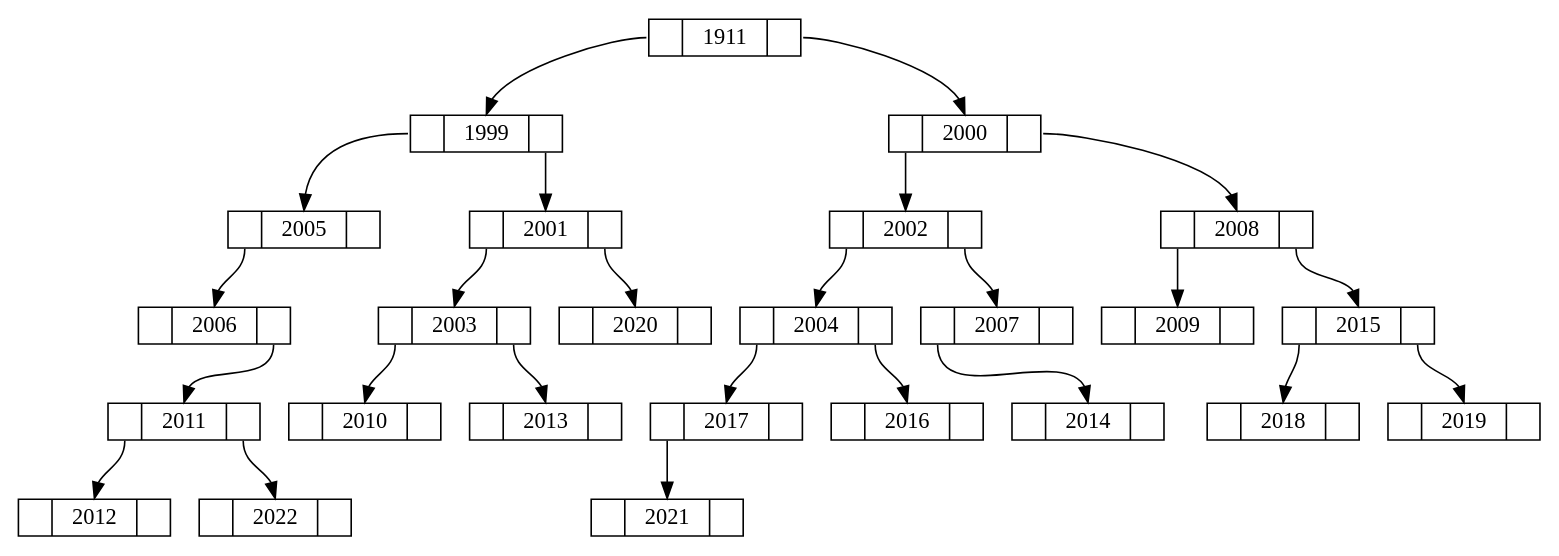
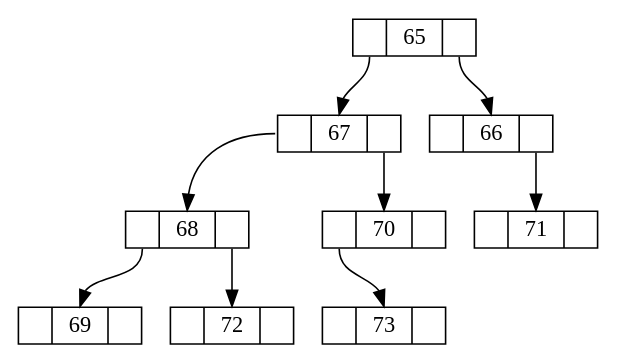
One commit to MasonSyj/CodeC changed the diagram in ADTsSelfPractice/BST/Exercise/10.1/inthead.dot. Above: the diagram before and after it, drawn with Graphviz. The commit also changed 5 other files, not shown here.

```diff
--- a/ADTsSelfPractice/BST/Exercise/10.1/inthead.dot
+++ b/ADTsSelfPractice/BST/Exercise/10.1/inthead.dot
@@ -1,52 +1,20 @@
 digraph G {
    node [shape=record, height=0.1];
-   node0x106301f60 [label = "<l> | <m> 1911 | <r>"];
-   node0x106301ed0 [label = "<l> | <m> 1999 | <r>"];
-   node0x106301f60:l -> node0x106301ed0:m;
-   node0x106301db0 [label = "<l> | <m> 2005 | <r>"];
-   node0x106301ed0:l -> node0x106301db0:m;
-   node0x106301d80 [label = "<l> | <m> 2006 | <r>"];
-   node0x106301db0:l -> node0x106301d80:m;
-   node0x106301c90 [label = "<l> | <m> 2011 | <r>"];
-   node0x106301d80:r -> node0x106301c90:m;
-   node0x106301c60 [label = "<l> | <m> 2012 | <r>"];
-   node0x106301c90:l -> node0x106301c60:m;
-   node0x106301a80 [label = "<l> | <m> 2022 | <r>"];
-   node0x106301c90:r -> node0x106301a80:m;
-   node0x106301e70 [label = "<l> | <m> 2001 | <r>"];
-   node0x106301ed0:r -> node0x106301e70:m;
-   node0x106301e10 [label = "<l> | <m> 2003 | <r>"];
-   node0x106301e70:l -> node0x106301e10:m;
-   node0x106301cc0 [label = "<l> | <m> 2010 | <r>"];
-   node0x106301e10:l -> node0x106301cc0:m;
-   node0x106301c30 [label = "<l> | <m> 2013 | <r>"];
-   node0x106301e10:r -> node0x106301c30:m;
-   node0x106301ae0 [label = "<l> | <m> 2020 | <r>"];
-   node0x106301e70:r -> node0x106301ae0:m;
-   node0x106301ea0 [label = "<l> | <m> 2000 | <r>"];
-   node0x106301f60:r -> node0x106301ea0:m;
-   node0x106301e40 [label = "<l> | <m> 2002 | <r>"];
-   node0x106301ea0:l -> node0x106301e40:m;
-   node0x106301de0 [label = "<l> | <m> 2004 | <r>"];
-   node0x106301e40:l -> node0x106301de0:m;
-   node0x106301b70 [label = "<l> | <m> 2017 | <r>"];
-   node0x106301de0:l -> node0x106301b70:m;
-   node0x106301ab0 [label = "<l> | <m> 2021 | <r>"];
-   node0x106301b70:l -> node0x106301ab0:m;
-   node0x106301ba0 [label = "<l> | <m> 2016 | <r>"];
-   node0x106301de0:r -> node0x106301ba0:m;
-   node0x106301d50 [label = "<l> | <m> 2007 | <r>"];
-   node0x106301e40:r -> node0x106301d50:m;
-   node0x106301c00 [label = "<l> | <m> 2014 | <r>"];
-   node0x106301d50:l -> node0x106301c00:m;
-   node0x106301d20 [label = "<l> | <m> 2008 | <r>"];
-   node0x106301ea0:r -> node0x106301d20:m;
-   node0x106301cf0 [label = "<l> | <m> 2009 | <r>"];
-   node0x106301d20:l -> node0x106301cf0:m;
-   node0x106301bd0 [label = "<l> | <m> 2015 | <r>"];
-   node0x106301d20:r -> node0x106301bd0:m;
-   node0x106301b40 [label = "<l> | <m> 2018 | <r>"];
-   node0x106301bd0:l -> node0x106301b40:m;
-   node0x106301b10 [label = "<l> | <m> 2019 | <r>"];
-   node0x106301bd0:r -> node0x106301b10:m;
+   node0x102901f60 [label = "<l> | <m> 65 | <r>"];
+   node0x102901f00 [label = "<l> | <m> 67 | <r>"];
+   node0x102901f60:l -> node0x102901f00:m;
+   node0x102901ed0 [label = "<l> | <m> 68 | <r>"];
+   node0x102901f00:l -> node0x102901ed0:m;
+   node0x102901ea0 [label = "<l> | <m> 69 | <r>"];
+   node0x102901ed0:l -> node0x102901ea0:m;
+   node0x102901e10 [label = "<l> | <m> 72 | <r>"];
+   node0x102901ed0:r -> node0x102901e10:m;
+   node0x102901e70 [label = "<l> | <m> 70 | <r>"];
+   node0x102901f00:r -> node0x102901e70:m;
+   node0x102901de0 [label = "<l> | <m> 73 | <r>"];
+   node0x102901e70:l -> node0x102901de0:m;
+   node0x102901f30 [label = "<l> | <m> 66 | <r>"];
+   node0x102901f60:r -> node0x102901f30:m;
+   node0x102901e40 [label = "<l> | <m> 71 | <r>"];
+   node0x102901f30:r -> node0x102901e40:m;
 }
```
